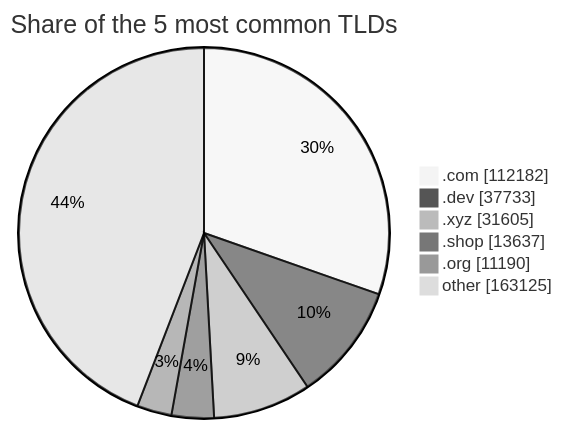
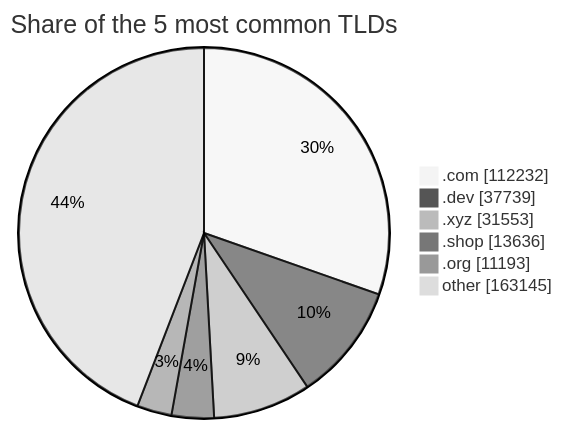
One commit to DNSBunker/CTI changed the third of 3 diagrams in README.md. Above: the diagram before and after it, drawn with Mermaid (neutral theme). The commit also changed other lines of this file and 3 other files, not shown here.

````diff
--- a/README.md
+++ b/README.md
@@ -81,9 +81,9 @@
 ```mermaid
 pie showData title Share of the 5 most common TLDs
-    ".com" : 112182
-    ".dev" : 37733
-    ".xyz" : 31605
-    ".shop" : 13637
-    ".org" : 11190
-    "other" : 163125
+    ".com" : 112232
+    ".dev" : 37739
+    ".xyz" : 31553
+    ".shop" : 13636
+    ".org" : 11193
+    "other" : 163145
 ```
````
